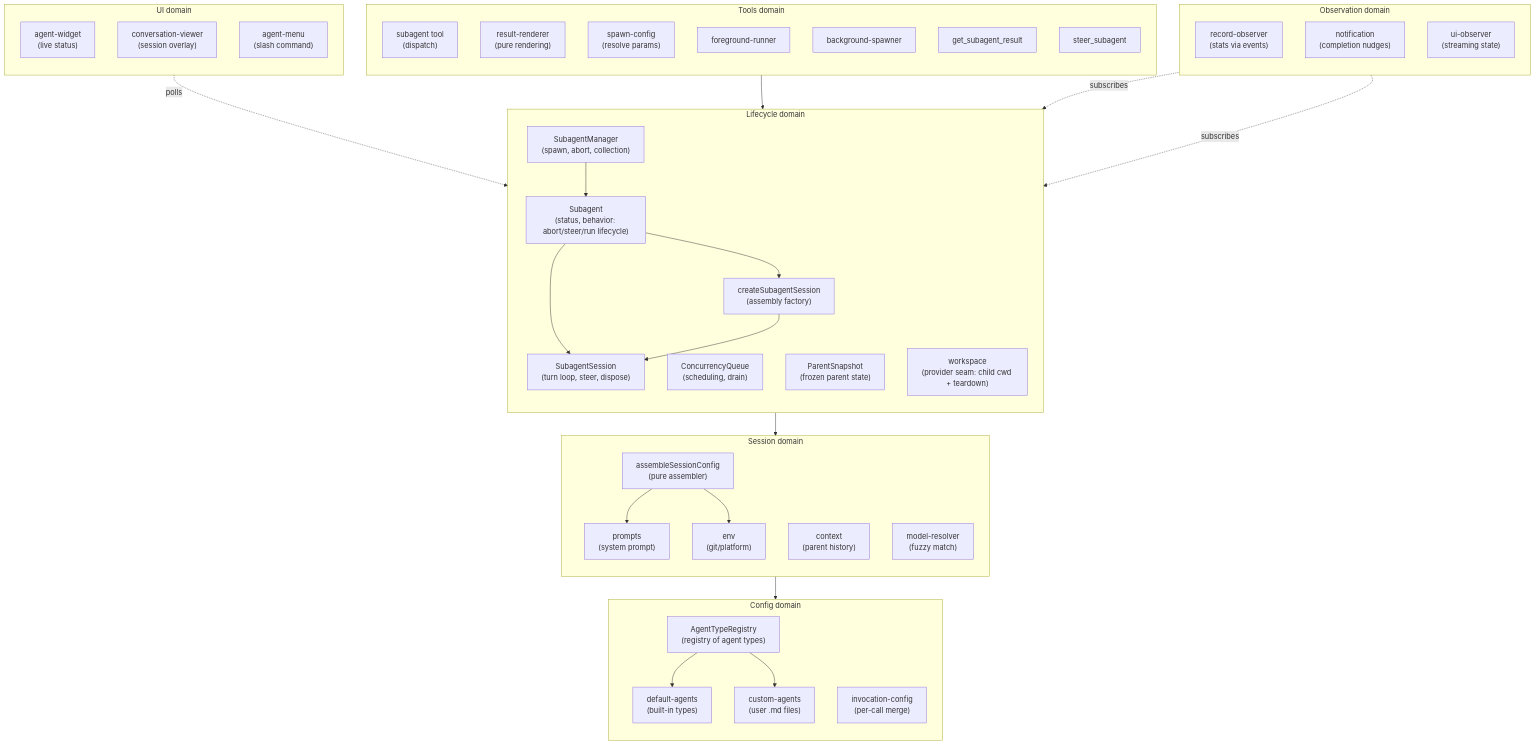
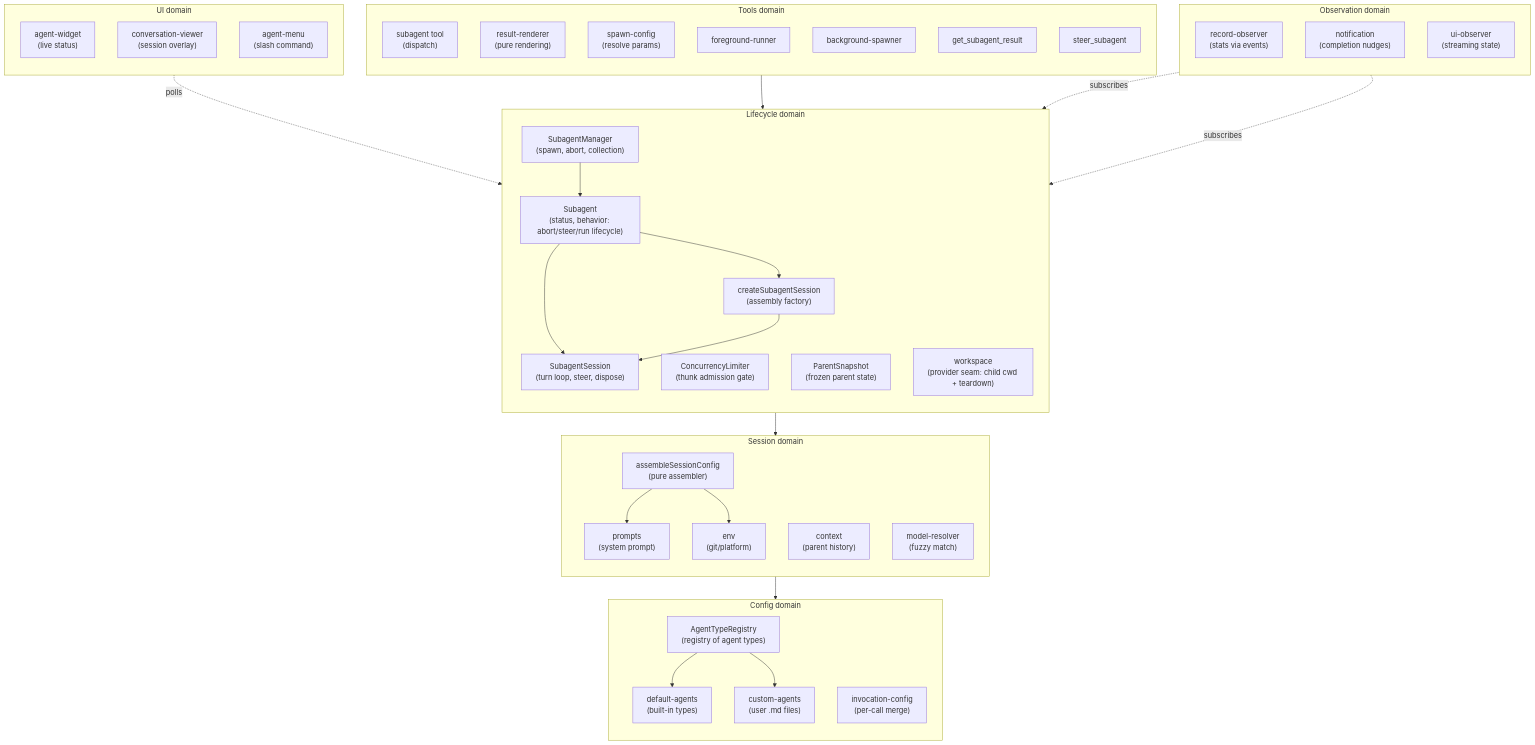
The first of 6 diagrams in docs/architecture/architecture.md (ttdua/pi-subagents), drawn with Mermaid before and after one commit. The commit also changed other lines of this file, not shown here.

Commit message:
docs(pi-subagents): update architecture and skill for ConcurrencyLimiter (#381)

````diff
--- a/docs/architecture/architecture.md
+++ b/docs/architecture/architecture.md
@@ -34,67 +34,67 @@
 ```mermaid
 flowchart TB
     subgraph config["Config domain"]
         direction TB
         AgentTypeRegistry["AgentTypeRegistry<br/>(registry of agent types)"]
         DefaultAgents["default-agents<br/>(built-in types)"]
         CustomAgents["custom-agents<br/>(user .md files)"]
         InvocationConfig["invocation-config<br/>(per-call merge)"]
     end
 
     subgraph session["Session domain"]
         direction TB
         SessionConfig["assembleSessionConfig<br/>(pure assembler)"]
         Prompts["prompts<br/>(system prompt)"]
         Context["context<br/>(parent history)"]
         Env["env<br/>(git/platform)"]
         ModelResolver["model-resolver<br/>(fuzzy match)"]
     end
 
     subgraph lifecycle["Lifecycle domain"]
         direction TB
         SubagentManager["SubagentManager<br/>(spawn, abort, collection)"]
-        ConcurrencyQueue["ConcurrencyQueue<br/>(scheduling, drain)"]
+        ConcurrencyLimiter["ConcurrencyLimiter<br/>(thunk admission gate)"]
         CreateSubagentSession["createSubagentSession<br/>(assembly factory)"]
         SubagentSession["SubagentSession<br/>(turn loop, steer, dispose)"]
         Subagent["Subagent<br/>(status, behavior: abort/steer/run lifecycle)"]
         ParentSnapshot["ParentSnapshot<br/>(frozen parent state)"]
         Workspace["workspace<br/>(provider seam: child cwd + teardown)"]
     end
 
     subgraph observation["Observation domain"]
         direction TB
         RecordObserver["record-observer<br/>(stats via events)"]
         Notification["notification<br/>(completion nudges)"]
         UIObserver["ui-observer<br/>(streaming state)"]
     end
 
     subgraph tools["Tools domain"]
         direction TB
         AgentTool["subagent tool<br/>(dispatch)"]
         ResultRenderer["result-renderer<br/>(pure rendering)"]
         SpawnConfig["spawn-config<br/>(resolve params)"]
         FgRunner["foreground-runner"]
         BgSpawner["background-spawner"]
         GetResult["get_subagent_result"]
         Steer["steer_subagent"]
     end
 
     subgraph ui["UI domain"]
         direction TB
         Widget["agent-widget<br/>(live status)"]
         ConvViewer["conversation-viewer<br/>(session overlay)"]
         Menu["agent-menu<br/>(slash command)"]
     end
 
     AgentTool --> SubagentManager
     SubagentManager --> Subagent
     Subagent --> CreateSubagentSession & SubagentSession
     CreateSubagentSession --> SubagentSession
     CreateSubagentSession --> SessionConfig
     SessionConfig --> AgentTypeRegistry
     SessionConfig --> Prompts & Env
     AgentTypeRegistry --> DefaultAgents & CustomAgents
     RecordObserver -.->|subscribes| SubagentSession
     UIObserver -.->|subscribes| SubagentSession
     Widget -.->|polls| SubagentManager
 ```
````
